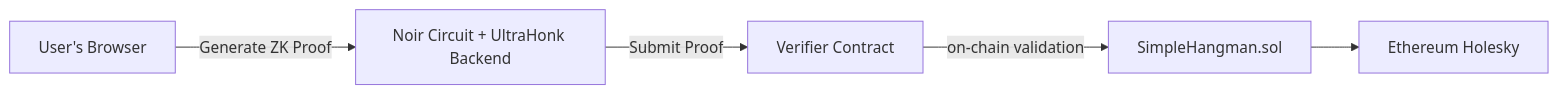
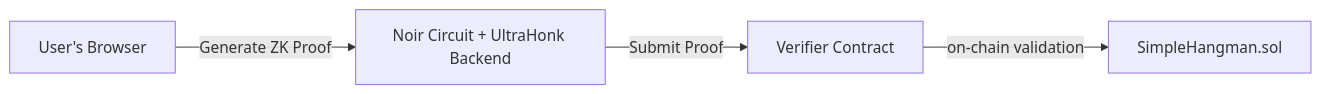
The diagram in README.md (Turupawn/zk-hangman-noir), drawn with Mermaid before and after one commit. The commit also changed other lines of this file, not shown here.

````diff
--- a/README.md
+++ b/README.md
@@ -21,7 +21,6 @@
 ```mermaid
 flowchart LR
   A[User's Browser] -->|Generate ZK Proof| B[Noir Circuit + UltraHonk Backend]
   B -->|Submit Proof| C[Verifier Contract]
   C -->|on-chain validation| D[SimpleHangman.sol]
-  D --> E[Ethereum Holesky]
 ```
````
